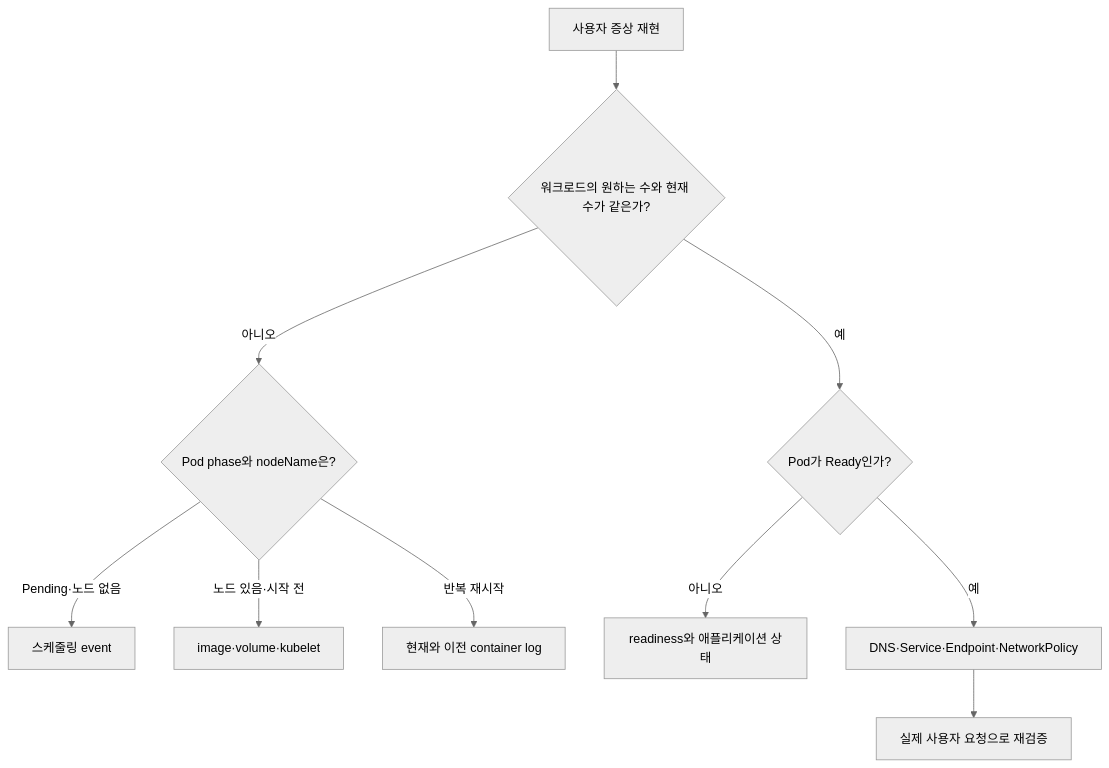
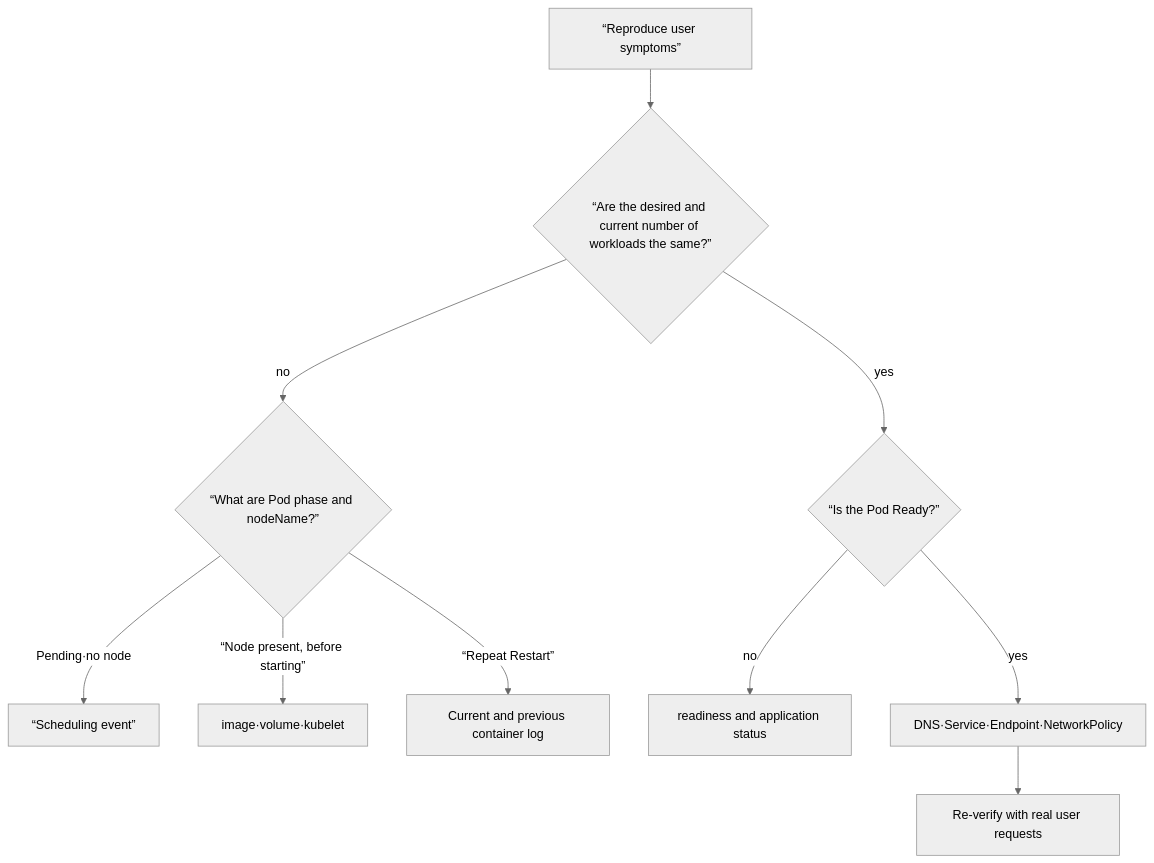
The first of 2 diagrams in docs-site/content/kubernetes/09-observability-and-troubleshooting.md (nohdol97/nohdol-study), drawn with Mermaid (neutral theme) before and after one commit. The commit also changed other lines of this file and 116 other files, not shown here.

````diff
--- a/docs-site/content/kubernetes/09-observability-and-troubleshooting.md
+++ b/docs-site/content/kubernetes/09-observability-and-troubleshooting.md
@@ -20,12 +20,12 @@
 ```mermaid
 flowchart TD
-    I["사용자 증상 재현"] --> W{"워크로드의 원하는 수와 현재 수가 같은가?"}
-    W -->|"아니오"| P{"Pod phase와 nodeName은?"}
-    P -->|"Pending·노드 없음"| S["스케줄링 event"]
-    P -->|"노드 있음·시작 전"| K["image·volume·kubelet"]
-    P -->|"반복 재시작"| L["현재와 이전 container log"]
-    W -->|"예"| R{"Pod가 Ready인가?"}
-    R -->|"아니오"| H["readiness와 애플리케이션 상태"]
-    R -->|"예"| N["DNS·Service·Endpoint·NetworkPolicy"]
-    N --> A["실제 사용자 요청으로 재검증"]
+    I[“Reproduce user symptoms”] --> W{“Are the desired and current number of workloads the same?”}
+    W -->|"no"| P{“What are Pod phase and nodeName?”}
+    P -->|"Pending·no node"| S[“Scheduling event”]
+    P -->|“Node present, before starting”| K["image·volume·kubelet"]
+    P -->|“Repeat Restart”| L["Current and previous container log"]
+    W -->|"yes"| R{“Is the Pod Ready?”}
+    R -->|"no"| H["readiness and application status"]
+    R -->|"yes"| N["DNS·Service·Endpoint·NetworkPolicy"]
+    N --> A["Re-verify with real user requests"]
 ```
````
